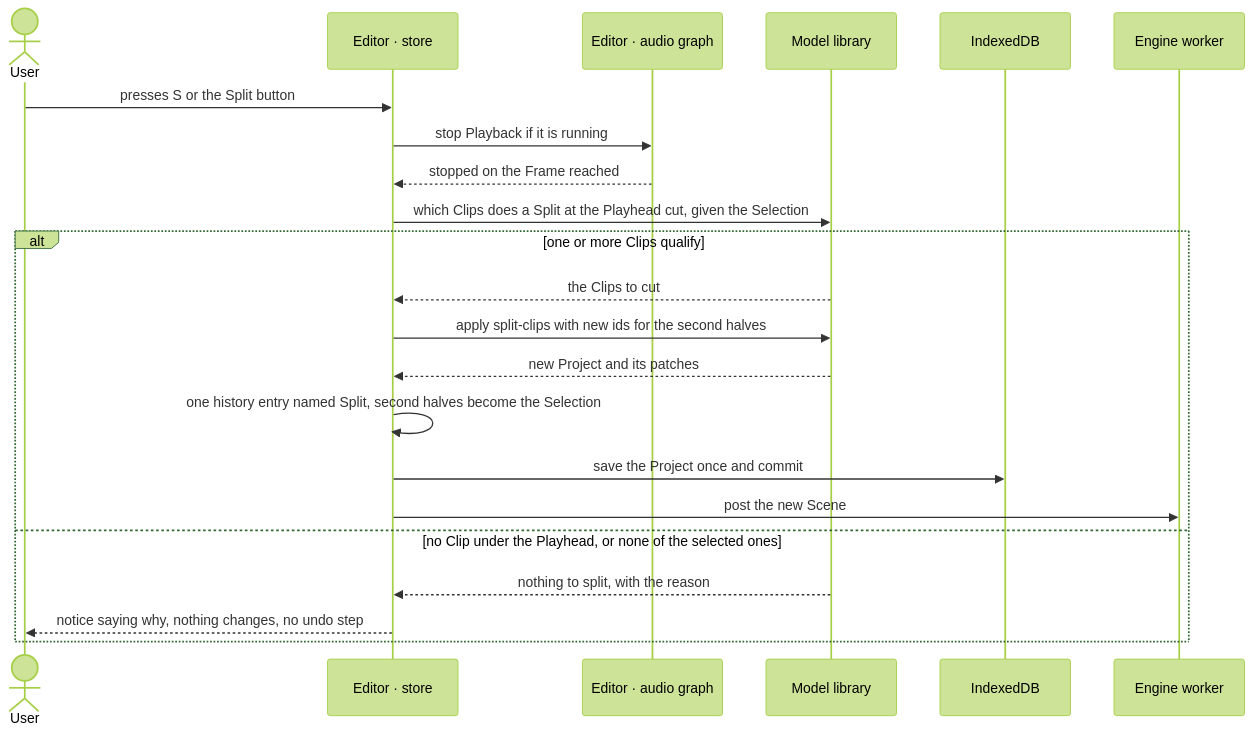
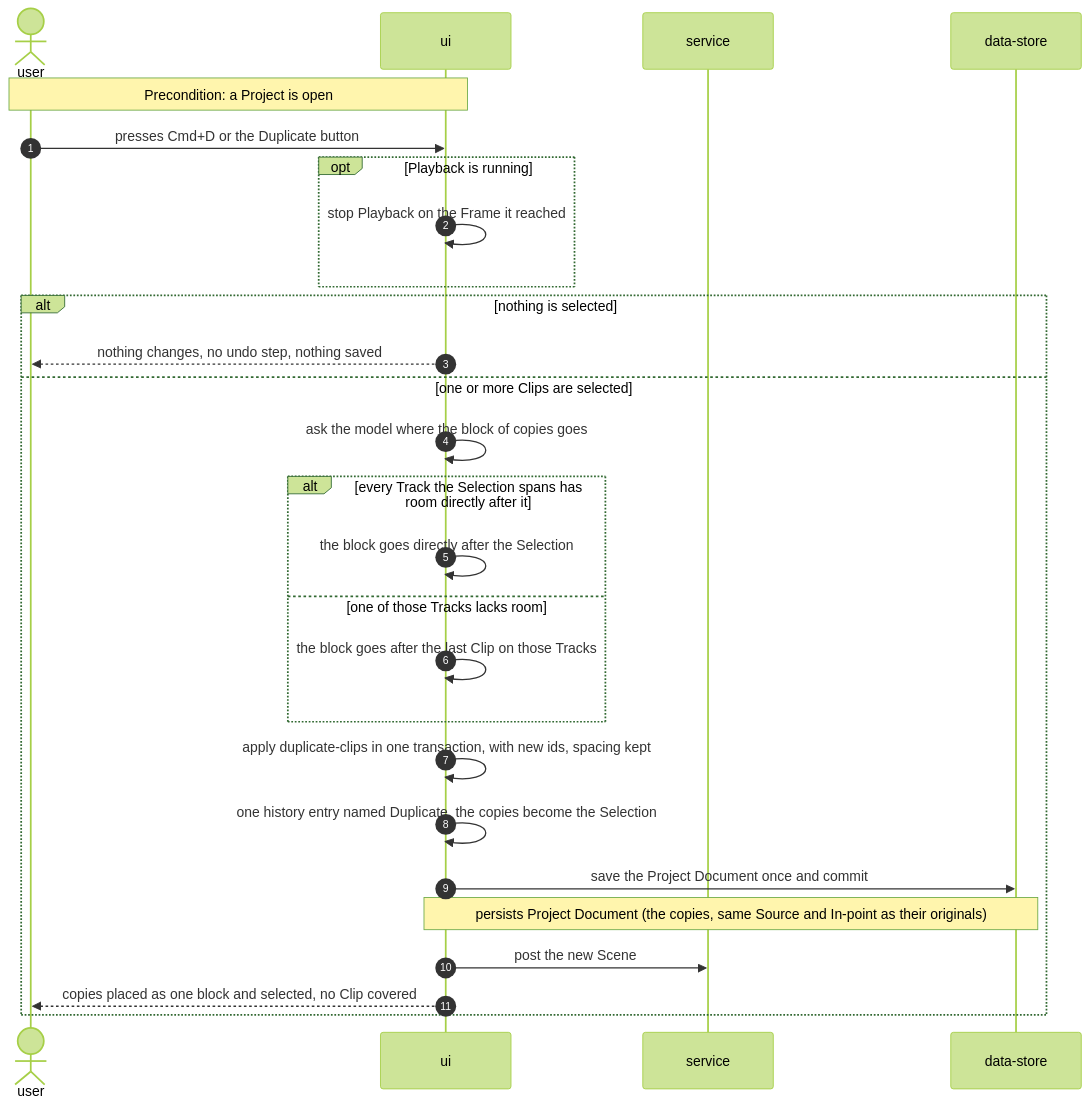
One commit to GopkoDev/cutroom changed the seventh of 13 diagrams in docs/features/editing/sad.md. Above: the diagram before and after it, drawn with Mermaid (forest theme). The commit also changed other lines of this file, not shown here.

Commit message:
sequences: editing sad.md runtime flows

````diff
--- a/docs/features/editing/sad.md
+++ b/docs/features/editing/sad.md
@@ -320,24 +440,30 @@
 ```mermaid
 sequenceDiagram
-    actor User
-    participant Store as Editor · store
-    participant Audio as Editor · audio graph
-    participant Model as Model library
-    participant IDB as IndexedDB
-    participant Engine as Engine worker
-    User->>Store: presses S or the Split button
-    Store->>Audio: stop Playback if it is running
-    Audio-->>Store: stopped on the Frame reached
-    Store->>Model: which Clips does a Split at the Playhead cut, given the Selection
-    alt one or more Clips qualify
-        Model-->>Store: the Clips to cut
-        Store->>Model: apply split-clips with new ids for the second halves
-        Model-->>Store: new Project and its patches
-        Store->>Store: one history entry named Split, second halves become the Selection
-        Store->>IDB: save the Project once and commit
-        Store->>Engine: post the new Scene
-    else no Clip under the Playhead, or none of the selected ones
-        Model-->>Store: nothing to split, with the reason
-        Store-->>User: notice saying why, nothing changes, no undo step
+    autonumber
+    actor U as user
+    participant UI as ui
+    participant S as service
+    participant D as data-store
+
+    Note over U,UI: Precondition: a Project is open
+    U->>UI: presses Cmd+D or the Duplicate button
+    opt Playback is running
+        UI->>UI: stop Playback on the Frame it reached
+    end
+    alt nothing is selected
+        UI-->>U: nothing changes, no undo step, nothing saved
+    else one or more Clips are selected
+        UI->>UI: ask the model where the block of copies goes
+        alt every Track the Selection spans has room directly after it
+            UI->>UI: the block goes directly after the Selection
+        else one of those Tracks lacks room
+            UI->>UI: the block goes after the last Clip on those Tracks
+        end
+        UI->>UI: apply duplicate-clips in one transaction, with new ids, spacing kept
+        UI->>UI: one history entry named Duplicate, the copies become the Selection
+        UI->>D: save the Project Document once and commit
+        Note over UI,D: persists Project Document (the copies, same Source and In-point as their originals)
+        UI->>S: post the new Scene
+        UI-->>U: copies placed as one block and selected, no Clip covered
     end
 ```
````
